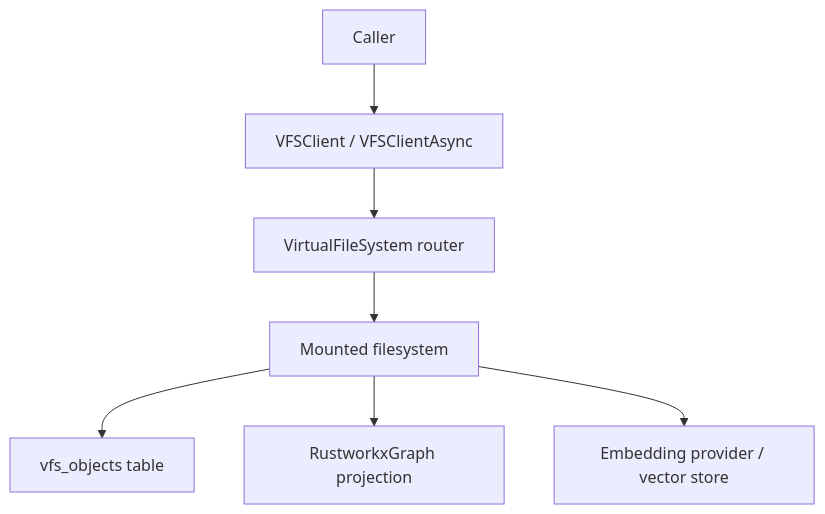
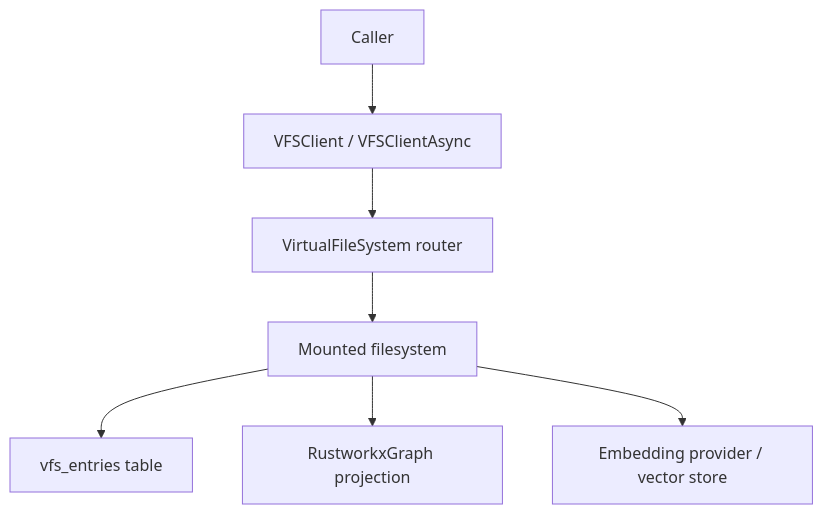
One commit to ClayGendron/vfs changed the first of 3 diagrams in docs/fs_architecture.md. Above: the diagram before and after it, drawn with Mermaid. The commit also changed 6 other files, not shown here.

````diff
--- a/docs/fs_architecture.md
+++ b/docs/fs_architecture.md
@@ -5,17 +5,17 @@
 ```mermaid
 graph TD
     Caller["Caller"]
     Client["VFSClient / VFSClientAsync"]
     Router["VirtualFileSystem router"]
     Mount["Mounted filesystem"]
     Graph["RustworkxGraph projection"]
     Search["Embedding provider / vector store"]
-    Table["vfs_objects table"]
+    Table["vfs_entries table"]
 
     Caller --> Client
     Client --> Router
     Router --> Mount
     Mount --> Table
     Mount --> Graph
     Mount --> Search
 ```
````
